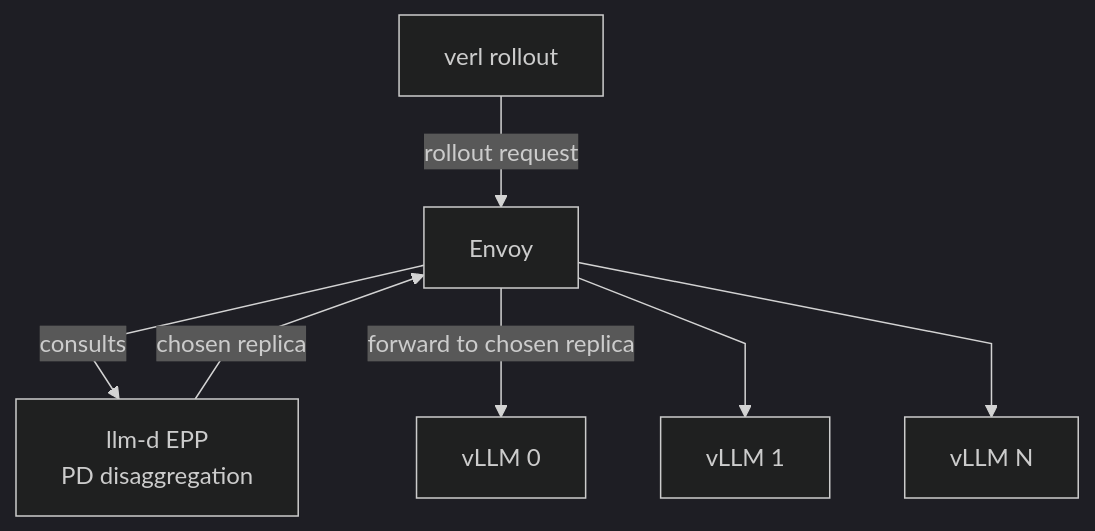
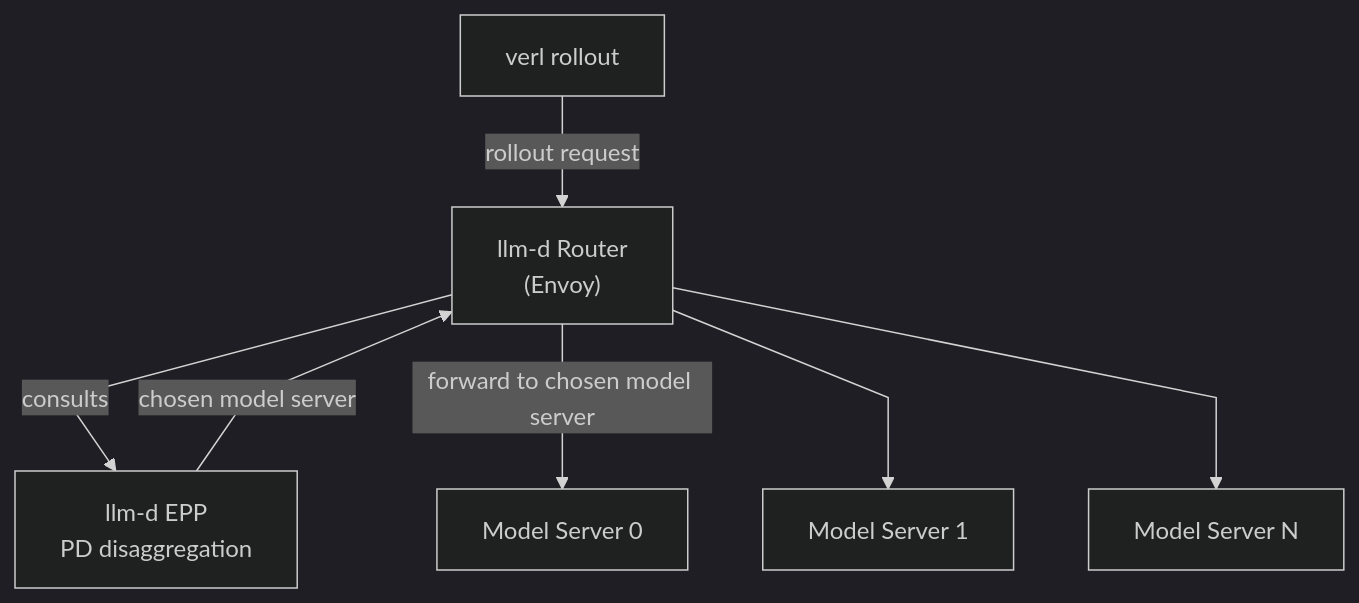
One commit to llm-d/llm-d changed the second of 2 diagrams in guides/rl/llm-d-verl-integration.md. Above: the diagram before and after it, drawn with Mermaid (dark theme). The commit also changed other lines of this file and 1 other file, not shown here.

Commit message:
docs(rl): use canonical llm-d Router, EPP, and model server naming

````diff
--- a/guides/rl/llm-d-verl-integration.md
+++ b/guides/rl/llm-d-verl-integration.md
@@ -60,13 +61,13 @@
 ```mermaid
 %%{init: {'flowchart': {'curve': 'linear'}}}%%
 flowchart TD
     verl["verl rollout"]
-    envoy["Envoy"]
+    envoy["llm-d Router<br/>(Envoy)"]
     epp["llm-d EPP<br/>PD disaggregation"]
     verl -->|"rollout request"| envoy
     envoy -->|"consults"| epp
-    epp -->|"chosen replica"| envoy
-    envoy -->|"forward to chosen replica"| v0["vLLM 0"]
-    envoy --> v1["vLLM 1"]
-    envoy --> vN["vLLM N"]
+    epp -->|"chosen model server"| envoy
+    envoy -->|"forward to chosen model server"| v0["Model Server 0"]
+    envoy --> v1["Model Server 1"]
+    envoy --> vN["Model Server N"]
 ```
````
